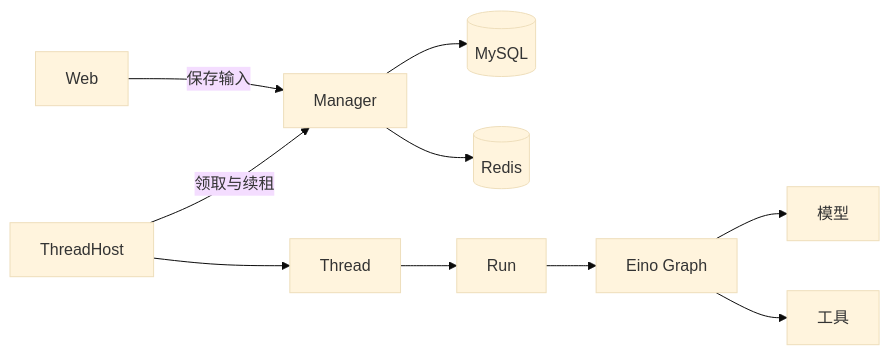
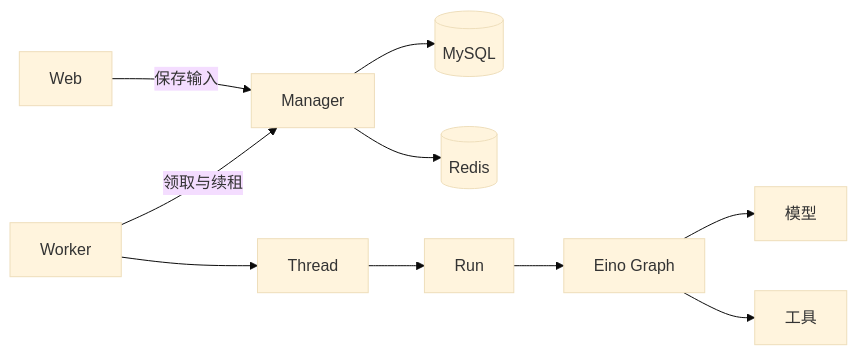
One commit to doinglaundry/deepagent changed the diagram in README.md. Above: the diagram before and after it, drawn with Mermaid (base theme). The commit also changed other lines of this file and 25 other files, not shown here.

Commit message:
refactor: replace ThreadHost with Worker and refresh web docs

````diff
--- a/README.md
+++ b/README.md
@@ -70,10 +72,10 @@
 ```mermaid
 flowchart LR
     Web -->|保存输入| Manager
-    ThreadHost -->|领取与续租| Manager
+    Worker -->|领取与续租| Manager
     Manager --> MySQL[(MySQL)]
     Manager --> Redis[(Redis)]
-    ThreadHost --> Thread --> Run --> Graph[Eino Graph]
+    Worker --> Thread --> Run --> Graph[Eino Graph]
     Graph --> Model[模型]
     Graph --> Tools[工具]
 ```
````
